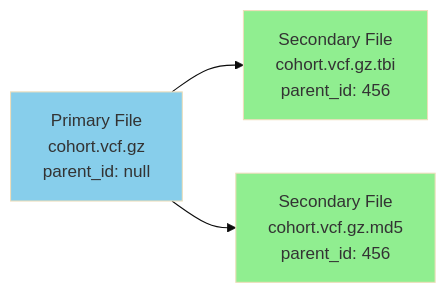
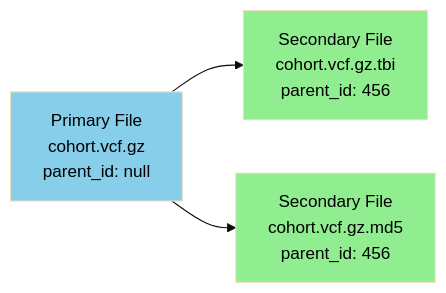
Before and after one commit to populationgenomics/metamist: the second of 3 diagrams in docs/output_file_model_documentation.md, drawn with Mermaid (base theme). The commit also changed other lines of this file and 2 other files, not shown here.

````diff
--- a/docs/output_file_model_documentation.md
+++ b/docs/output_file_model_documentation.md
@@ -252,9 +200,9 @@
 ```mermaid
 graph LR
     A[Primary File<br/>cohort.vcf.gz<br/>parent_id: null] --> B[Secondary File<br/>cohort.vcf.gz.tbi<br/>parent_id: 456]
     A --> C[Secondary File<br/>cohort.vcf.gz.md5<br/>parent_id: 456]
 
-    style A fill:#87CEEB
-    style B fill:#90EE90
-    style C fill:#90EE90
+    style A fill:#87CEEB,color:black
+    style B fill:#90EE90,color:black
+    style C fill:#90EE90,color:black
 ```
````
